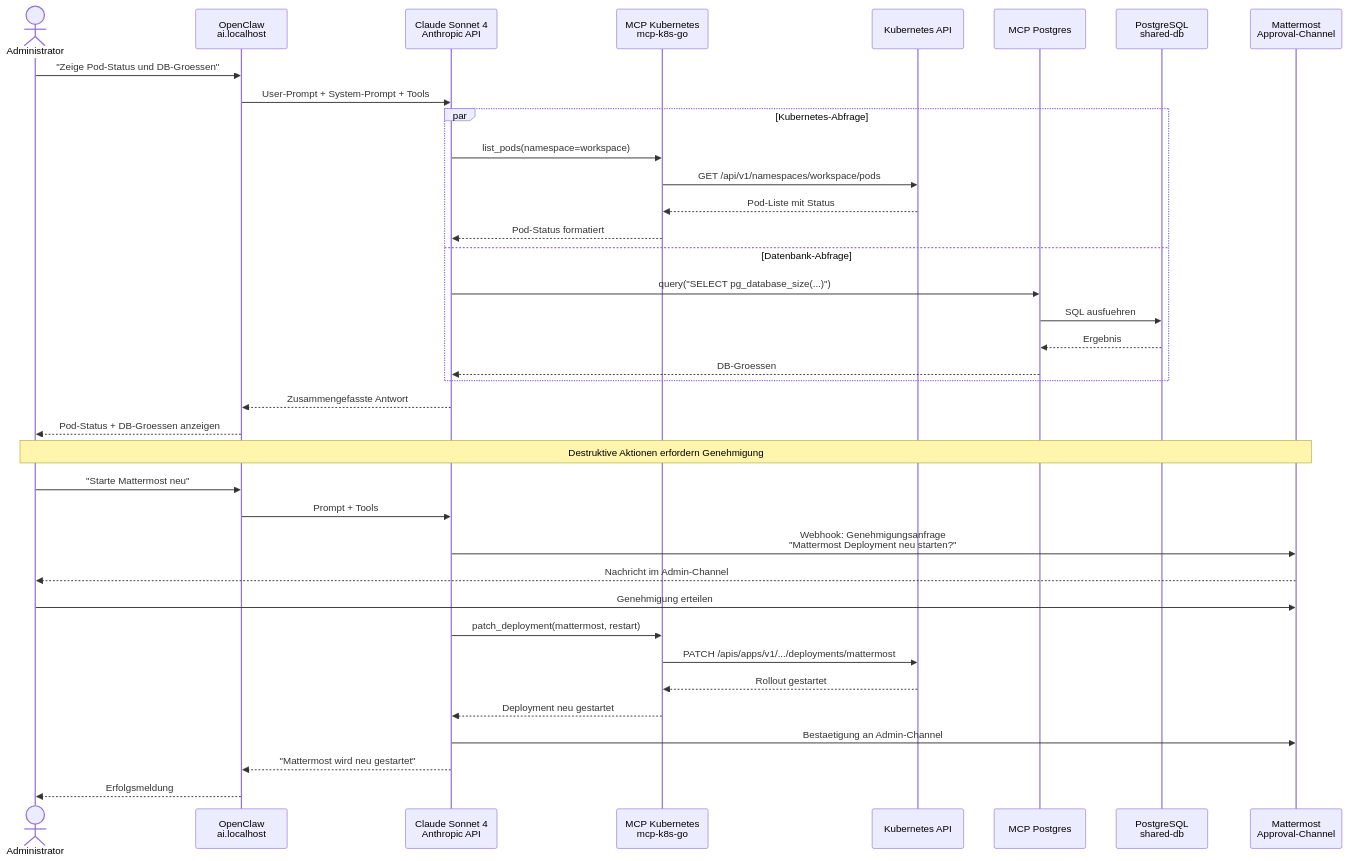
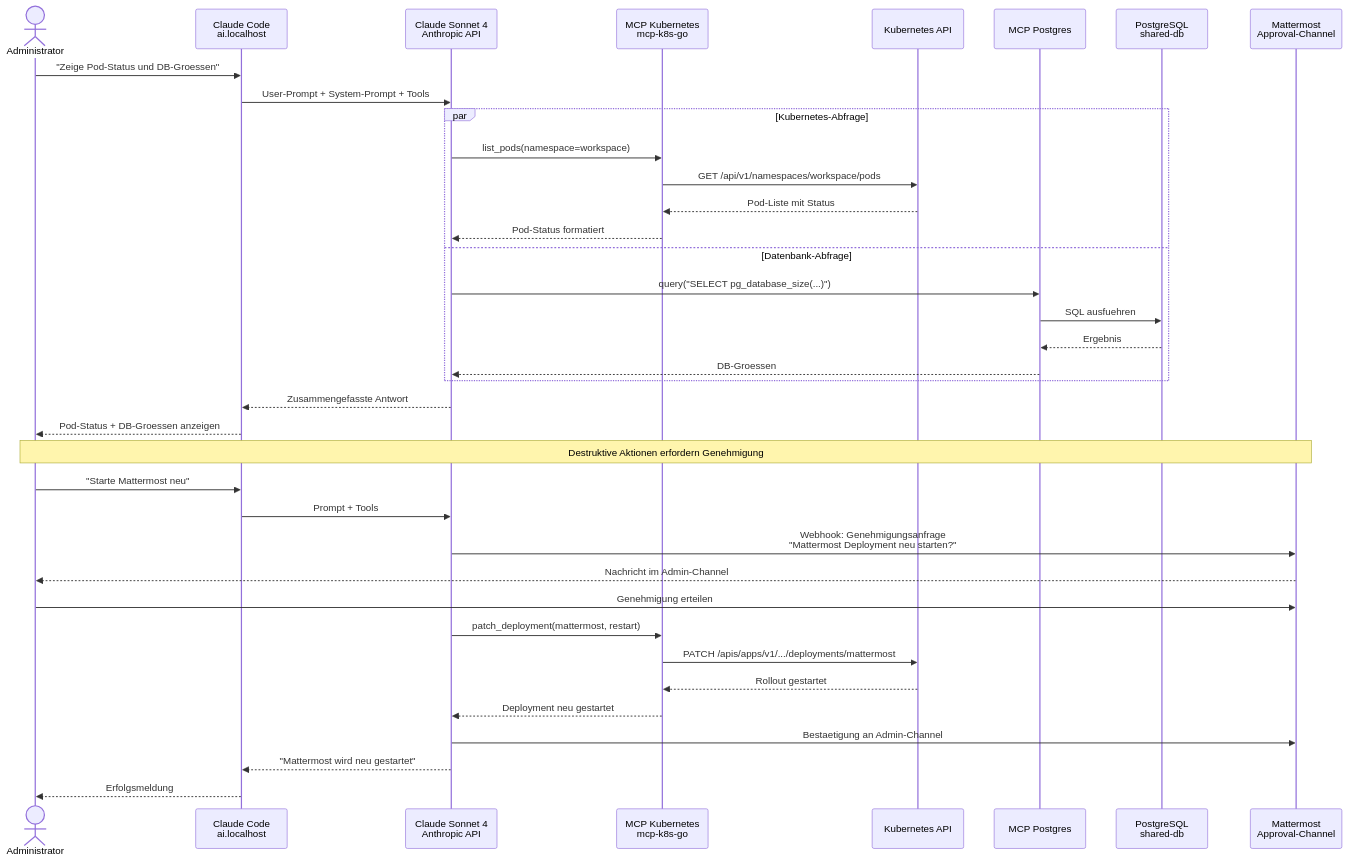
Before and after one commit to Paddione/Bachelorprojekt: the sixth of 9 diagrams in docs/architecture.md, drawn with Mermaid. The commit also changed other lines of this file and 73 other files, not shown here.

First line of the commit message:
feat: add patrick/gekko admin users and complete openclaw→claude-code rename

````diff
--- a/docs/architecture.md
+++ b/docs/architecture.md
@@ -384,45 +384,45 @@
 ```mermaid
 sequenceDiagram
     actor Admin as Administrator
-    participant OC as OpenClaw<br/>ai.localhost
+    participant OC as Claude Code<br/>ai.localhost
     participant Claude as Claude Sonnet 4<br/>Anthropic API
     participant MCP_K as MCP Kubernetes<br/>mcp-k8s-go
     participant K8S as Kubernetes API
     participant MCP_P as MCP Postgres
     participant DB as PostgreSQL<br/>shared-db
     participant MM as Mattermost<br/>Approval-Channel
 
     Admin ->> OC: "Zeige Pod-Status und DB-Groessen"
     OC ->> Claude: User-Prompt + System-Prompt + Tools
 
     par Kubernetes-Abfrage
         Claude ->> MCP_K: list_pods(namespace=workspace)
         MCP_K ->> K8S: GET /api/v1/namespaces/workspace/pods
         K8S -->> MCP_K: Pod-Liste mit Status
         MCP_K -->> Claude: Pod-Status formatiert
     and Datenbank-Abfrage
         Claude ->> MCP_P: query("SELECT pg_database_size(...)")
         MCP_P ->> DB: SQL ausfuehren
         DB -->> MCP_P: Ergebnis
         MCP_P -->> Claude: DB-Groessen
     end
 
     Claude -->> OC: Zusammengefasste Antwort
     OC -->> Admin: Pod-Status + DB-Groessen anzeigen
 
     Note over Admin,MM: Destruktive Aktionen erfordern Genehmigung
 
     Admin ->> OC: "Starte Mattermost neu"
     OC ->> Claude: Prompt + Tools
     Claude ->> MM: Webhook: Genehmigungsanfrage<br/>"Mattermost Deployment neu starten?"
     MM -->> Admin: Nachricht im Admin-Channel
 
     Admin ->> MM: Genehmigung erteilen
     Claude ->> MCP_K: patch_deployment(mattermost, restart)
     MCP_K ->> K8S: PATCH /apis/apps/v1/.../deployments/mattermost
     K8S -->> MCP_K: Rollout gestartet
     MCP_K -->> Claude: Deployment neu gestartet
     Claude ->> MM: Bestaetigung an Admin-Channel
     Claude -->> OC: "Mattermost wird neu gestartet"
     OC -->> Admin: Erfolgsmeldung
 ```
````
